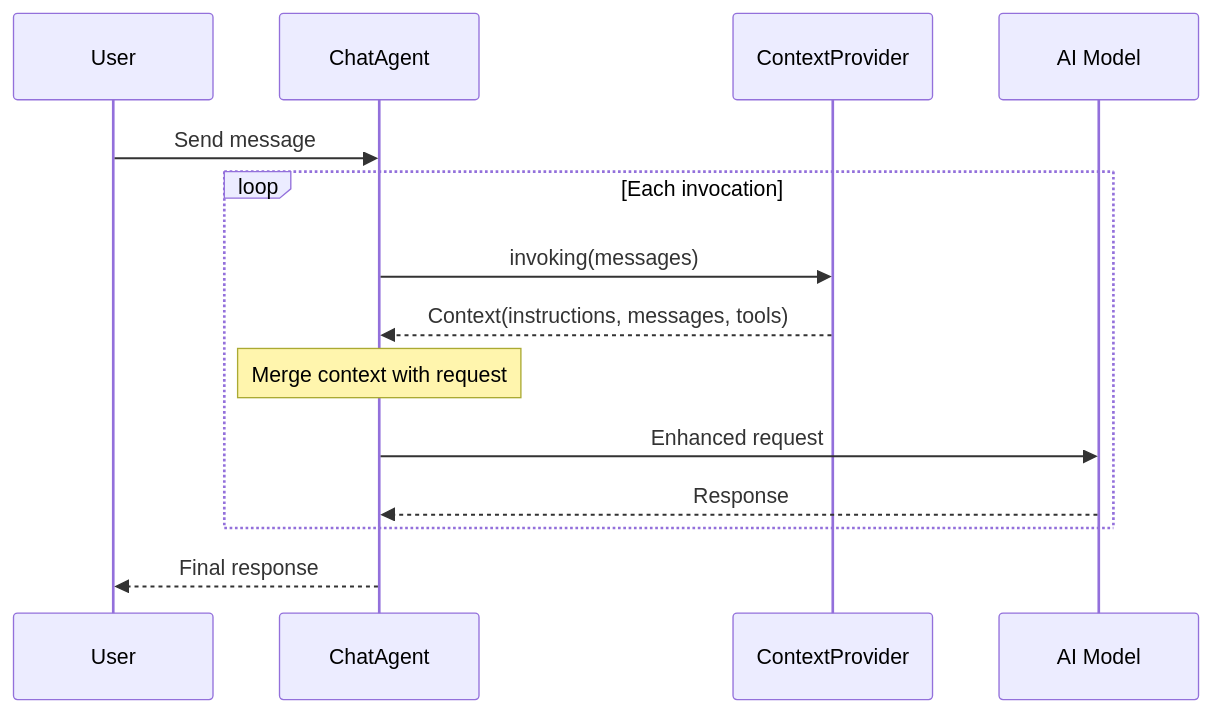
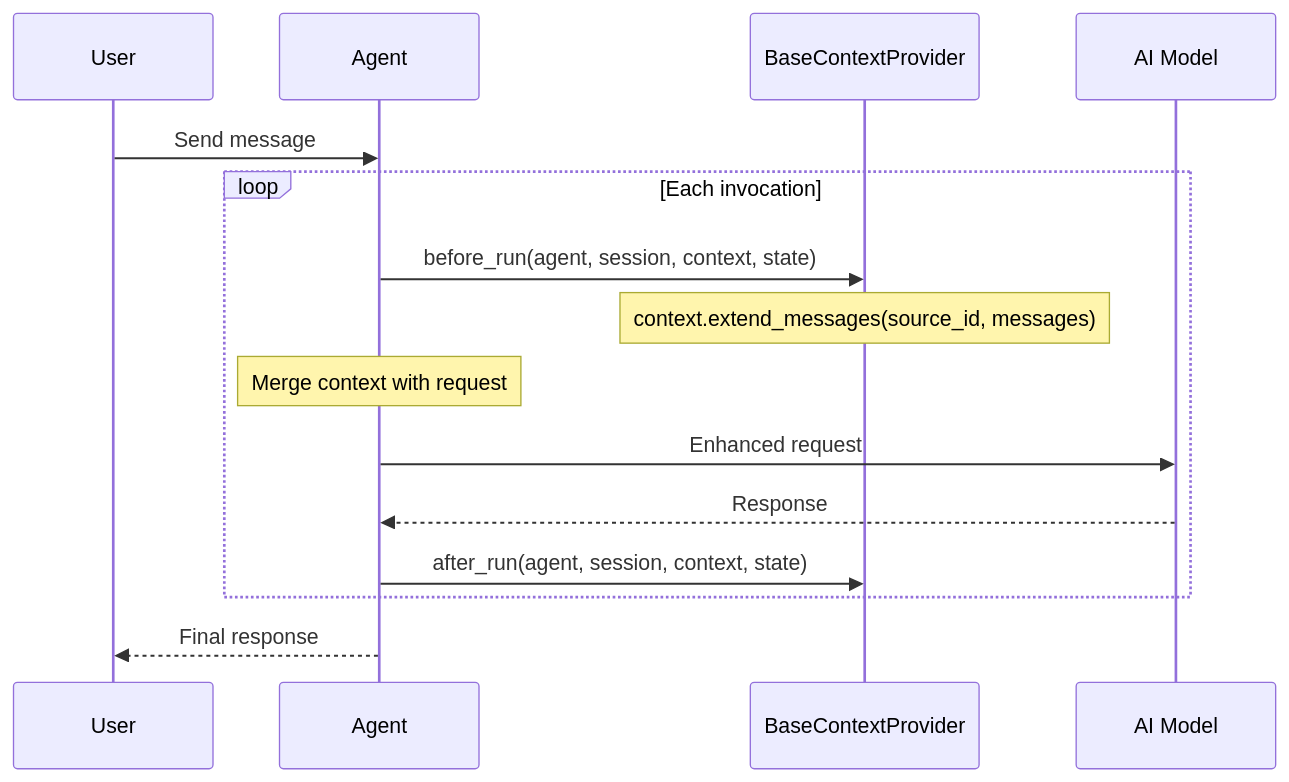
Before and after one commit to neo4j-labs/neo4j-maf-provider: the diagram in python/docs/reference/NEO4J_PROVIDER_ARCHITECTURE.md, drawn with Mermaid. The commit also changed other lines of this file and 6 other files, not shown here.

Commit message:
update to align with agent framework provider interfaces

````diff
--- a/python/docs/reference/NEO4J_PROVIDER_ARCHITECTURE.md
+++ b/python/docs/reference/NEO4J_PROVIDER_ARCHITECTURE.md
@@ -36,19 +36,20 @@
 ```mermaid
 sequenceDiagram
     participant User
-    participant Agent as ChatAgent
-    participant Provider as ContextProvider
+    participant Agent
+    participant Provider as BaseContextProvider
     participant LLM as AI Model
 
     User->>Agent: Send message
 
     loop Each invocation
-        Agent->>Provider: invoking(messages)
-        Provider-->>Agent: Context(instructions, messages, tools)
+        Agent->>Provider: before_run(agent, session, context, state)
+        Note over Provider: context.extend_messages(source_id, messages)
         Note over Agent: Merge context with request
         Agent->>LLM: Enhanced request
         LLM-->>Agent: Response
+        Agent->>Provider: after_run(agent, session, context, state)
     end
 
     Agent-->>User: Final response
 ```
````
